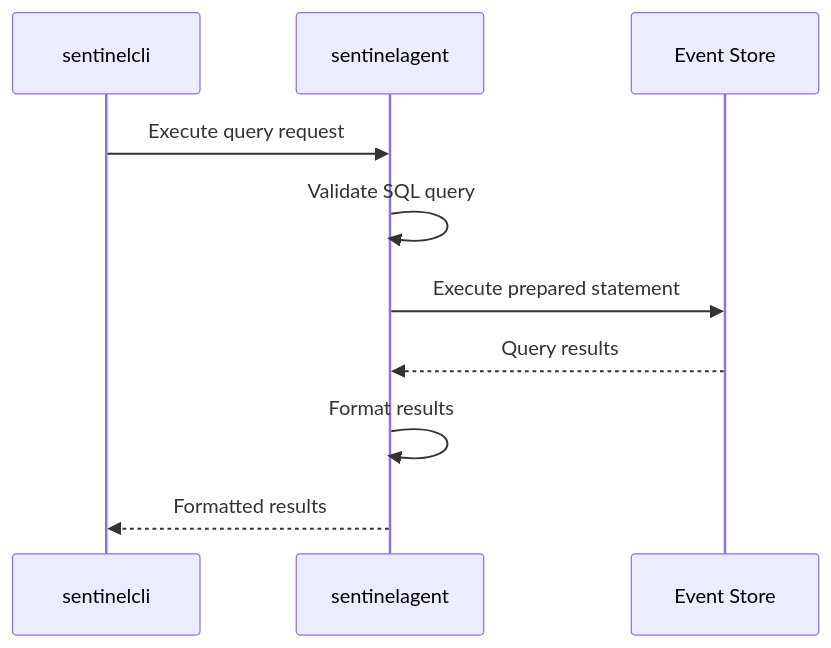
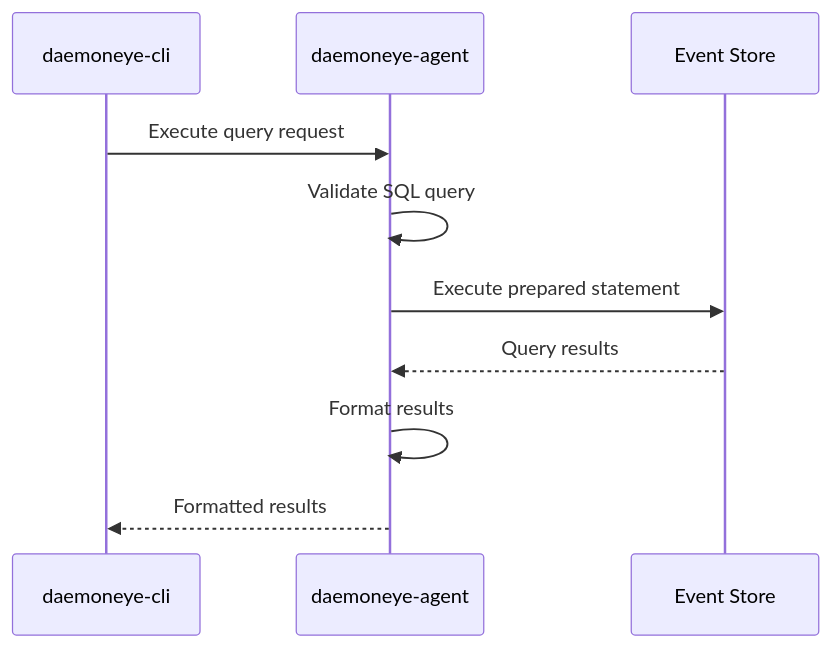
Before and after one commit to EvilBit-Labs/DaemonEye: the fourth of 4 diagrams in docs/src/architecture/system-architecture.md, drawn with Mermaid. The commit also changed other lines of this file and 211 other files, not shown here.

````diff
--- a/docs/src/architecture/system-architecture.md
+++ b/docs/src/architecture/system-architecture.md
@@ -381,13 +381,13 @@
 ```mermaid
 sequenceDiagram
-    participant CLI as sentinelcli
-    participant SA as sentinelagent
+    participant CLI as daemoneye-cli
+    participant SA as daemoneye-agent
     participant DB as Event Store
 
     CLI->>SA: Execute query request
     SA->>SA: Validate SQL query
     SA->>DB: Execute prepared statement
     DB-->>SA: Query results
     SA->>SA: Format results
     SA-->>CLI: Formatted results
 ```
````
